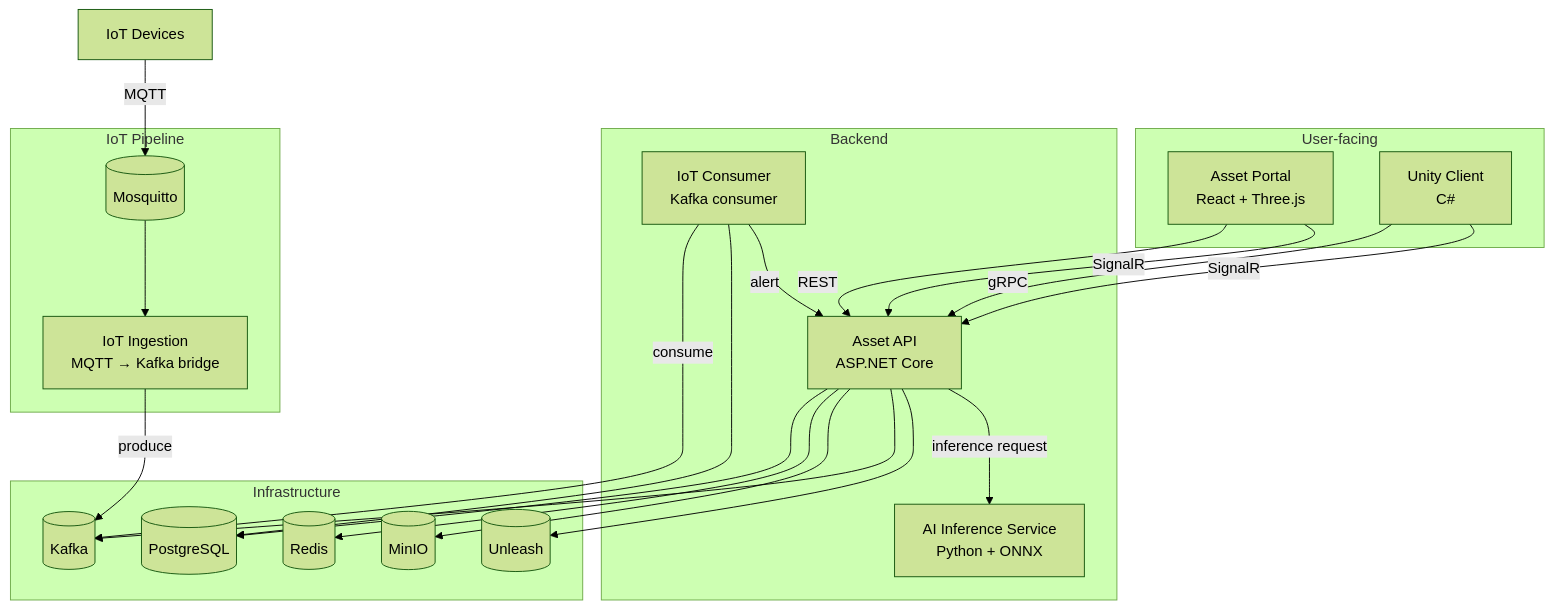
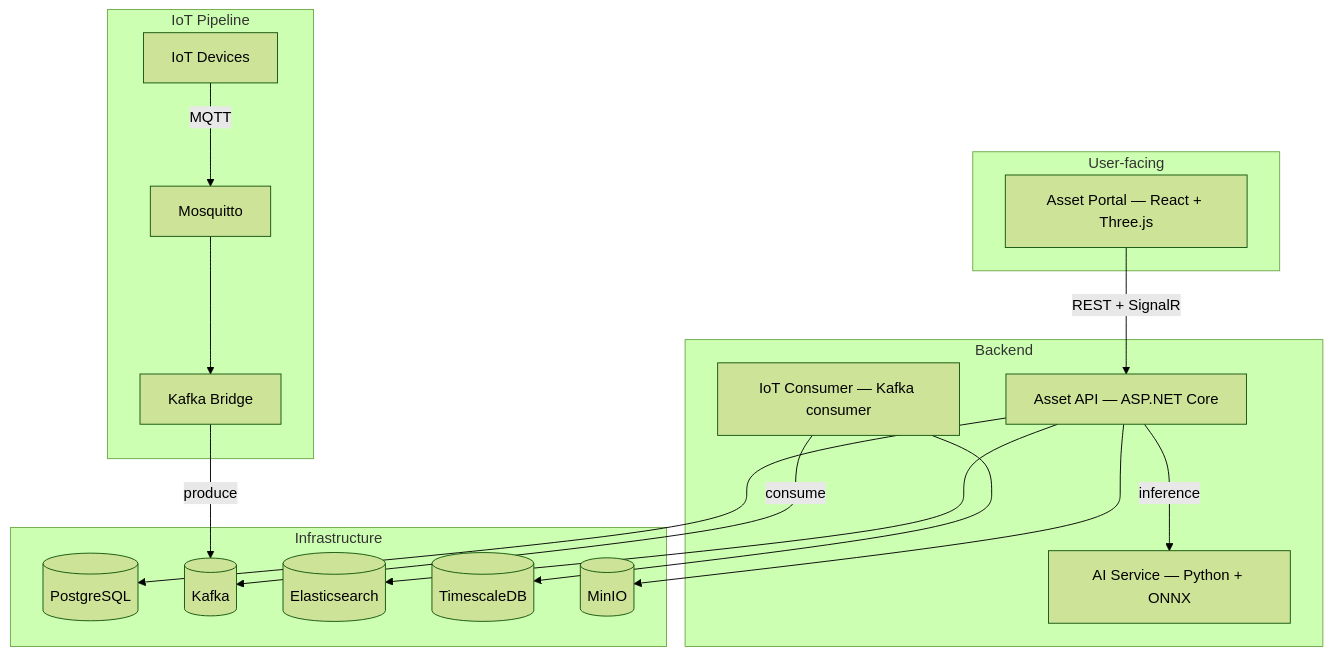
One commit to Eyolf6Coyote7/Eyolf6Coyote7 changed the third of 3 diagrams in docs/global_tech_stack.md. Above: the diagram before and after it, drawn with Mermaid (forest theme). The commit also changed other lines of this file and 5 other files, not shown here.

````diff
--- a/docs/global_tech_stack.md
+++ b/docs/global_tech_stack.md
@@ -294,43 +182,34 @@
 ```mermaid
 graph TD
   subgraph "User-facing"
-    PORTAL[Asset Portal<br/>React + Three.js]
-    UNITY[Unity Client<br/>C#]
+    PORTAL[Asset Portal — React + Three.js]
   end
 
   subgraph "Backend"
-    AAPI[Asset API<br/>ASP.NET Core]
-    AI_SVC[AI Inference Service<br/>Python + ONNX]
-    IOT_C[IoT Consumer<br/>Kafka consumer]
+    AAPI[Asset API — ASP.NET Core]
+    AI_SVC[AI Service — Python + ONNX]
+    IOT_C[IoT Consumer — Kafka consumer]
   end
 
   subgraph "IoT Pipeline"
-    IOT_B[IoT Ingestion<br/>MQTT → Kafka bridge]
-    MQTT[(Mosquitto)]
+    DEVICES[IoT Devices] -->|MQTT| MQTT[Mosquitto]
+    MQTT --> BRIDGE[Kafka Bridge]
   end
 
   subgraph "Infrastructure"
     PG[(PostgreSQL)]
-    RD[(Redis)]
     KF[(Kafka)]
+    ES[(Elasticsearch)]
+    TS[(TimescaleDB)]
     MIO[(MinIO)]
-    UL[(Unleash)]
   end
 
-  PORTAL -->|REST| AAPI
-  PORTAL -->|SignalR| AAPI
-  UNITY -->|gRPC| AAPI
-  UNITY -->|SignalR| AAPI
+  PORTAL -->|REST + SignalR| AAPI
   AAPI --> PG
-  AAPI --> RD
+  AAPI --> ES
   AAPI --> MIO
-  AAPI --> KF
-  AAPI --> UL
-  AAPI -->|inference request| AI_SVC
-  DEVICES[IoT Devices] -->|MQTT| MQTT
-  MQTT --> IOT_B
-  IOT_B -->|produce| KF
+  AAPI -->|inference| AI_SVC
+  BRIDGE -->|produce| KF
   IOT_C -->|consume| KF
-  IOT_C --> PG
-  IOT_C -->|alert| AAPI
+  IOT_C --> TS
 ```
````
